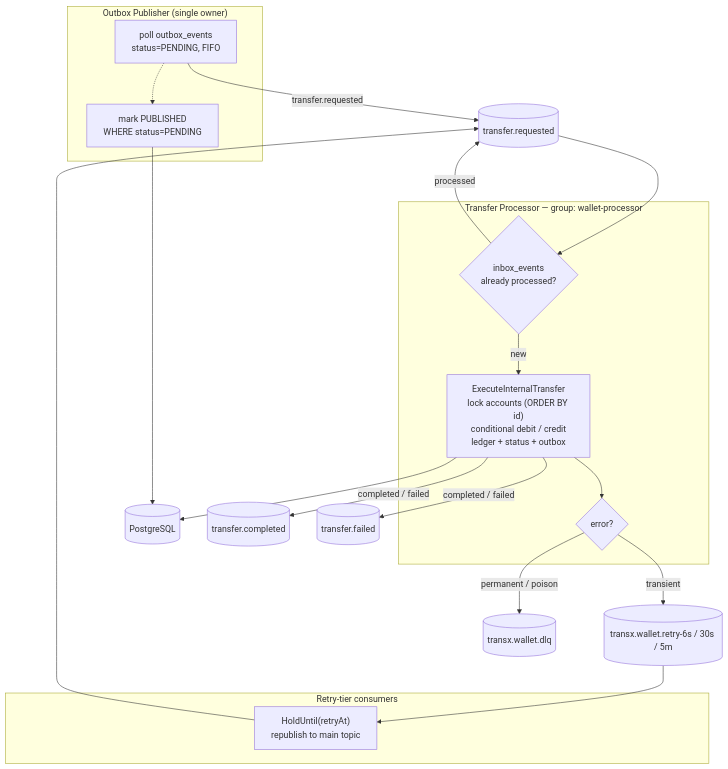
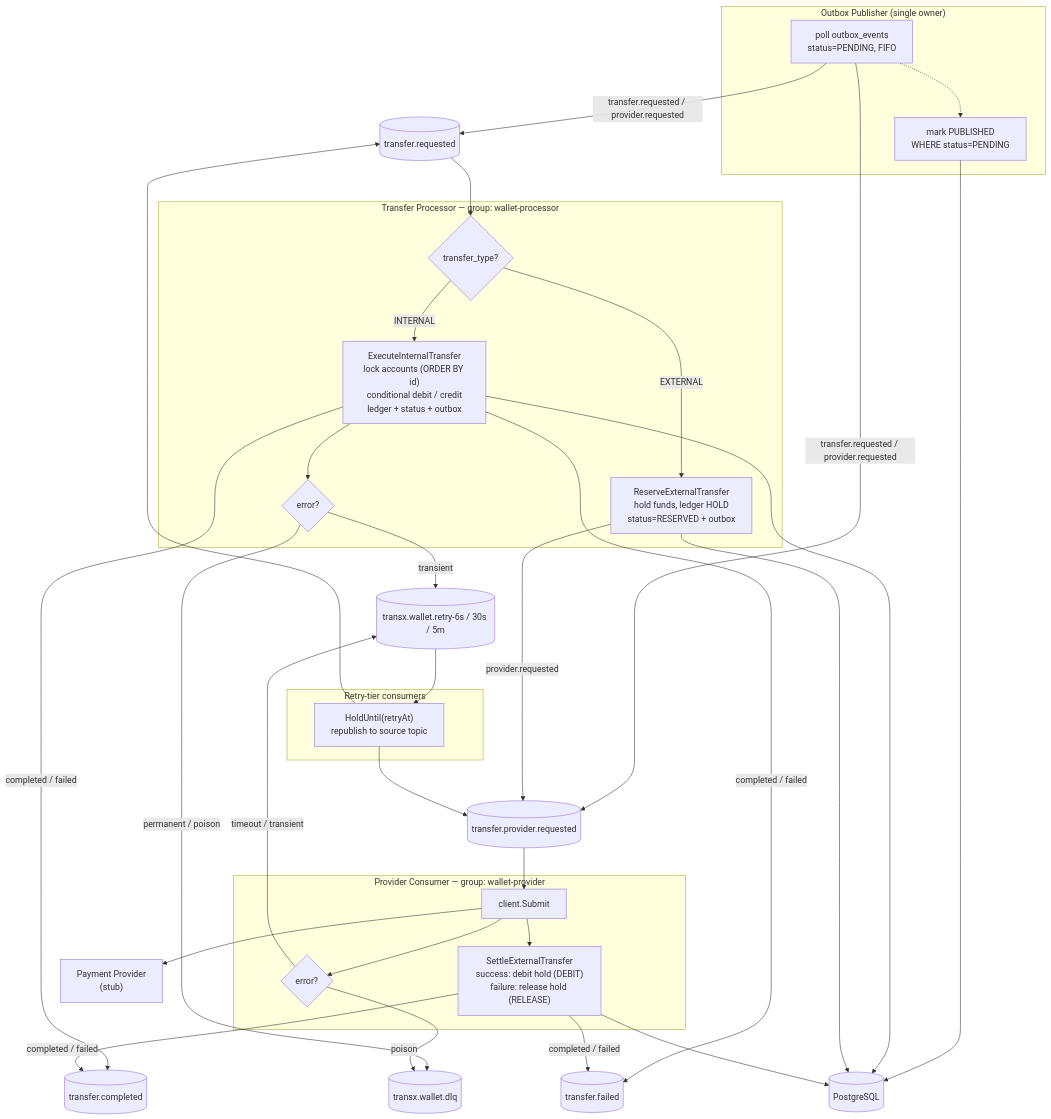
One commit to Phathdt/transx changed the fourth of 5 diagrams in README.md. Above: the diagram before and after it, drawn with Mermaid. The commit also changed other lines of this file and 24 other files, not shown here.

First line of the commit message:
feat: add external transfer with reserve-settle lifecycle

````diff
--- a/README.md
+++ b/README.md
@@ -265,39 +333,59 @@
 ```mermaid
 flowchart TD
     DB[("PostgreSQL")]
     RPREQ[("transfer.requested")]
+    RPPROV[("transfer.provider.requested")]
     RPDONE[("transfer.completed")]
     RPFAIL[("transfer.failed")]
+    PROV["Payment Provider\n(stub)"]
     RETRY[("transx.wallet.retry-6s / 30s / 5m")]
     DLQ[("transx.wallet.dlq")]
 
     subgraph Publisher["Outbox Publisher (single owner)"]
         POLL["poll outbox_events\nstatus=PENDING, FIFO"]
         MARK["mark PUBLISHED\nWHERE status=PENDING"]
     end
 
     subgraph Processor["Transfer Processor — group: wallet-processor"]
-        DEDUP{"inbox_events\nalready processed?"}
+        ROUTE{"transfer_type?"}
         EXEC["ExecuteInternalTransfer\nlock accounts (ORDER BY id)\nconditional debit / credit\nledger + status + outbox"]
+        RESV["ReserveExternalTransfer\nhold funds, ledger HOLD\nstatus=RESERVED + outbox"]
         CLASS{"error?"}
     end
 
-    subgraph Retry["Retry-tier consumers"]
-        HOLD["HoldUntil(retryAt)\nrepublish to main topic"]
+    subgraph Provider["Provider Consumer — group: wallet-provider"]
+        SUBMIT["client.Submit"]
+        SETTLE["SettleExternalTransfer\nsuccess: debit hold (DEBIT)\nfailure: release hold (RELEASE)"]
+        PCLASS{"error?"}
     end
 
-    POLL -->|"transfer.requested"| RPREQ
+    subgraph Retry["Retry-tier consumers"]
+        HOLD["HoldUntil(retryAt)\nrepublish to source topic"]
+    end
+
+    POLL -->|"transfer.requested / provider.requested"| RPREQ & RPPROV
     POLL -.-> MARK
     MARK --> DB
 
-    RPREQ --> DEDUP
-    DEDUP -->|processed| RPREQ
-    DEDUP -->|new| EXEC
+    RPREQ --> ROUTE
+    ROUTE -->|INTERNAL| EXEC
+    ROUTE -->|EXTERNAL| RESV
     EXEC --> DB
+    RESV --> DB
+    RESV -->|provider.requested| RPPROV
     EXEC -->|completed / failed| RPDONE & RPFAIL
     EXEC --> CLASS
     CLASS -->|transient| RETRY
     CLASS -->|permanent / poison| DLQ
+
+    RPPROV --> SUBMIT
+    SUBMIT --> PROV
+    SUBMIT --> SETTLE
+    SETTLE --> DB
+    SETTLE -->|completed / failed| RPDONE & RPFAIL
+    SUBMIT --> PCLASS
+    PCLASS -->|timeout / transient| RETRY
+    PCLASS -->|poison| DLQ
     RETRY --> HOLD
-    HOLD --> RPREQ
+    HOLD --> RPREQ & RPPROV
 ```
````
